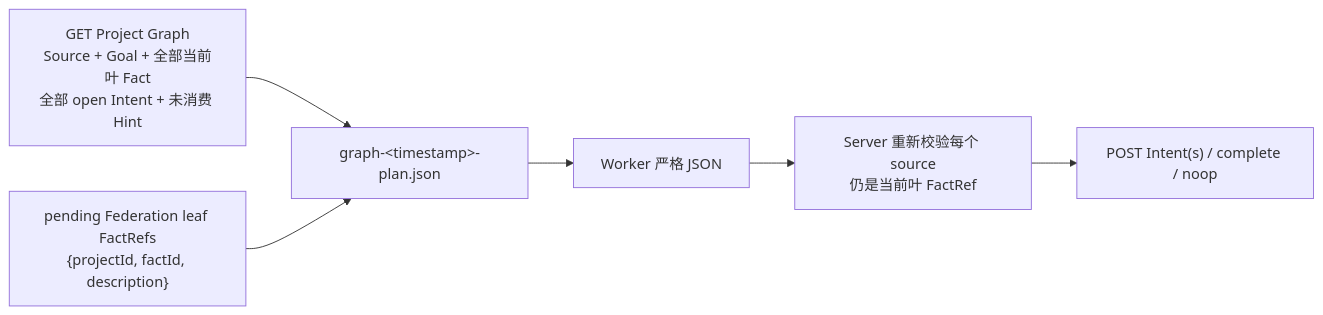
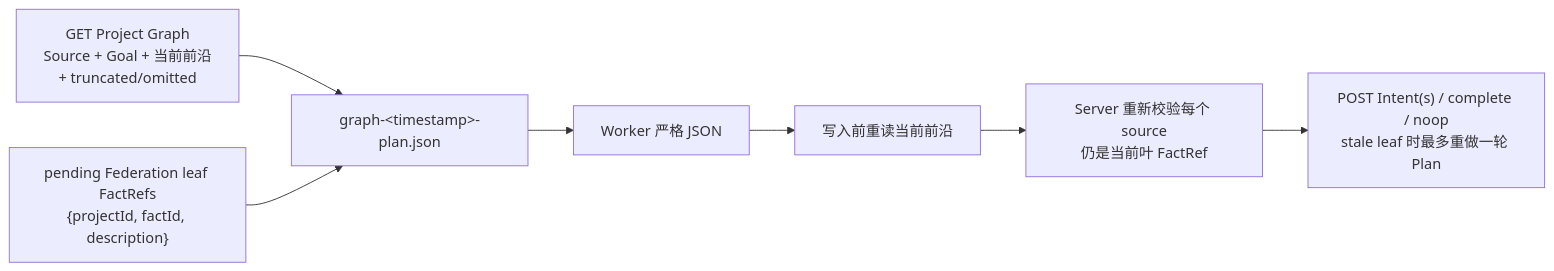
The second of 8 diagrams in docs/data-flow.md (jygzyc/peak), drawn with Mermaid before and after one commit. The commit also changed other lines of this file and 70 other files, not shown here.

````diff
--- a/docs/data-flow.md
+++ b/docs/data-flow.md
@@ -523,8 +516,9 @@
 ```mermaid
 flowchart LR
-  G["GET Project Graph<br/>Source + Goal + 全部当前叶 Fact<br/>全部 open Intent + 未消费 Hint"] --> J["graph-&lt;timestamp&gt;-plan.json"]
+  G["GET Project Graph<br/>Source + Goal + 当前前沿<br/>+ truncated/omitted"] --> J["graph-&lt;timestamp&gt;-plan.json"]
   F["pending Federation leaf FactRefs<br/>{projectId, factId, description}"] --> J
   J --> W["Worker 严格 JSON"]
-  W --> V["Server 重新校验每个 source<br/>仍是当前叶 FactRef"]
-  V --> O["POST Intent(s) / complete / noop"]
+  W --> R["写入前重读当前前沿"]
+  R --> V["Server 重新校验每个 source<br/>仍是当前叶 FactRef"]
+  V --> O["POST Intent(s) / complete / noop<br/>stale leaf 时最多重做一轮 Plan"]
 ```
````
